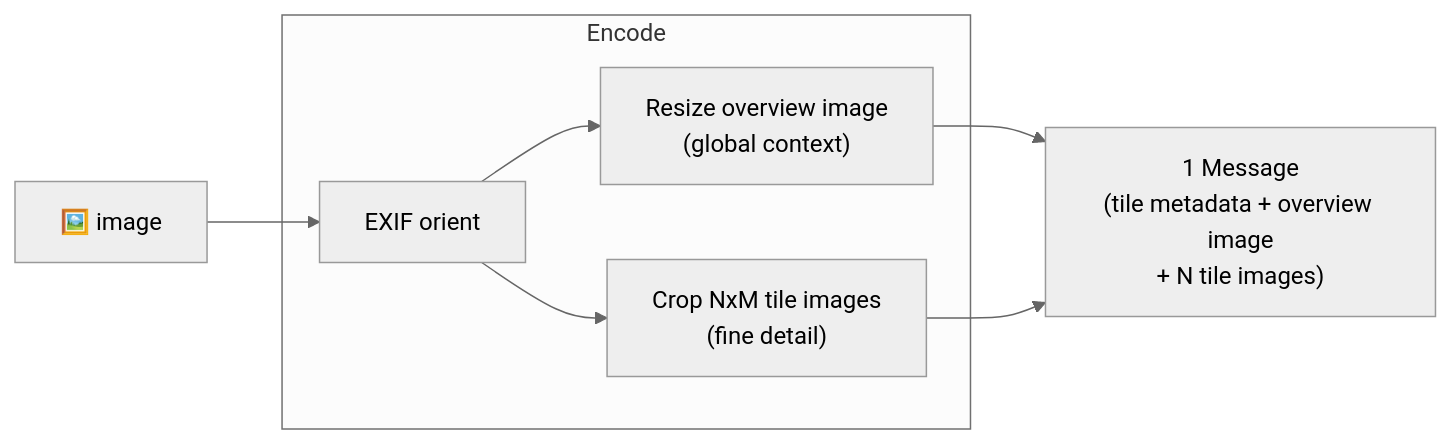
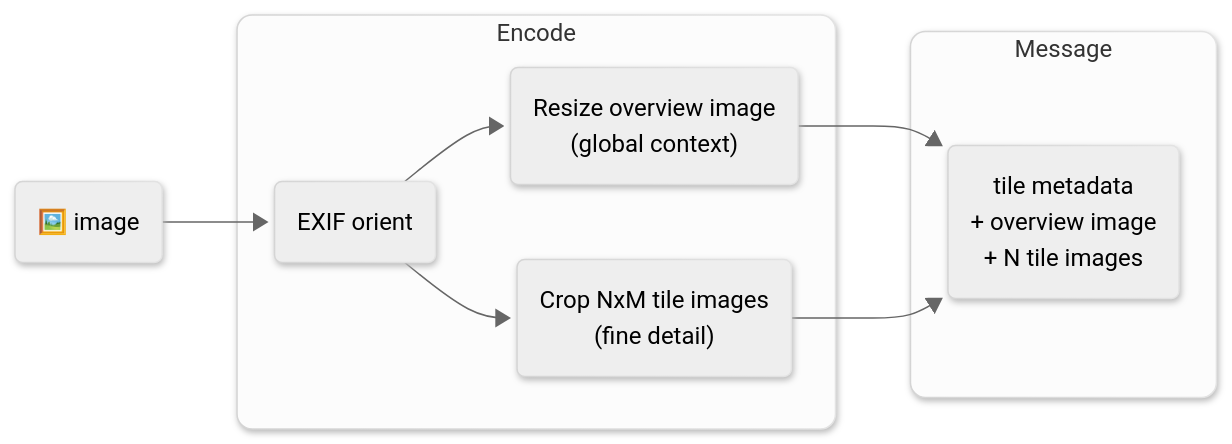
Before and after one commit to vlm-run/mm: the second of 17 diagrams in docs/ENCODERS.md, drawn with Mermaid (neutral theme). The commit also changed other lines of this file and 1 other file, not shown here.

Commit message:
Use a proper message block with subgroups (#146)

````diff
--- a/docs/ENCODERS.md
+++ b/docs/ENCODERS.md
@@ -36,18 +41,23 @@
 ```mermaid
+%%{init: {'look': 'neo'} }%%
 graph LR
-  img["🖼️ image"]
+  img("🖼️ image")
 
   subgraph encode ["Encode"]
-    exif["EXIF orient"]
-    overview["Resize overview image\n(global context)"]
-    tiles["Crop NxM tile images\n(fine detail)"]
+    exif("EXIF orient")
+    overview("Resize overview image\n(global context)")
+    tiles("Crop NxM tile images\n(fine detail)")
   end
 
-  msg["1 Message\n(tile metadata + overview image\n+ N tile images)"]
+  subgraph message ["Message"]
+    msg("tile metadata\n+ overview image\n+ N tile images")
+  end
 
   img --> exif
   exif --> overview
   exif --> tiles
   overview --> msg
   tiles --> msg
+  style encode rx:10px,ry:10px
+  style message rx:10px,ry:10px
 ```
````
